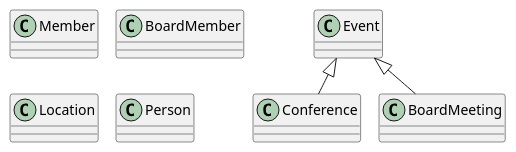
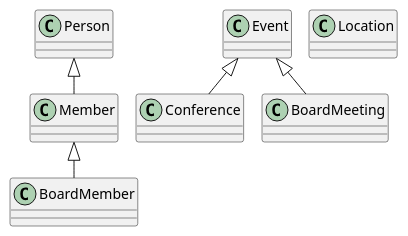
Before and after one commit to pacoFlorido/UMLClasesPacoFlorido: the diagram in src/UML.puml, drawn with PlantUML.

Commit message:
Añadiendo las segundas relaciones entre clases

```diff
--- a/src/UML.puml
+++ b/src/UML.puml
@@ -1,22 +1,25 @@
 @startuml
 
 !pragma layout smetana
 
 class Member
 
 class BoardMember
 
 class Event
 
 class Conference
 
 class BoardMeeting
 
 class Location
 
 class Person
 
 Event <|-- Conference
 Event <|-- BoardMeeting
 
+Person <|-- Member
+Member <|-- BoardMember
+
 @enduml
```
